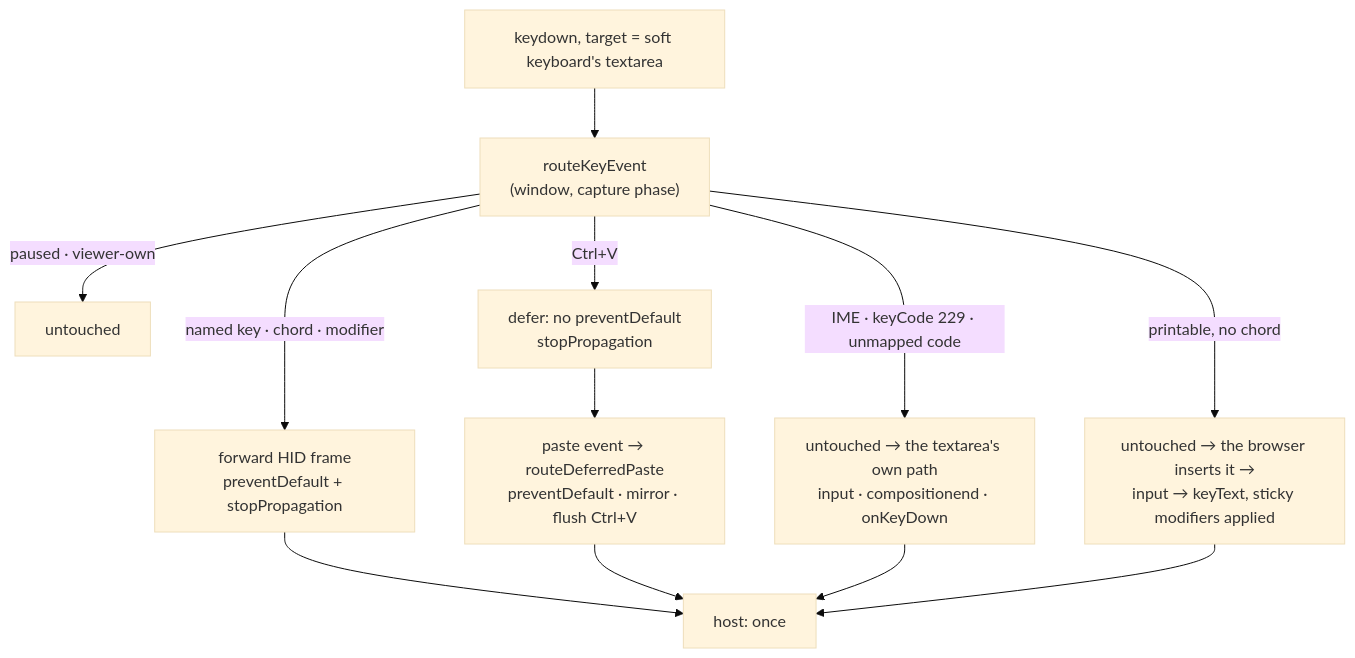
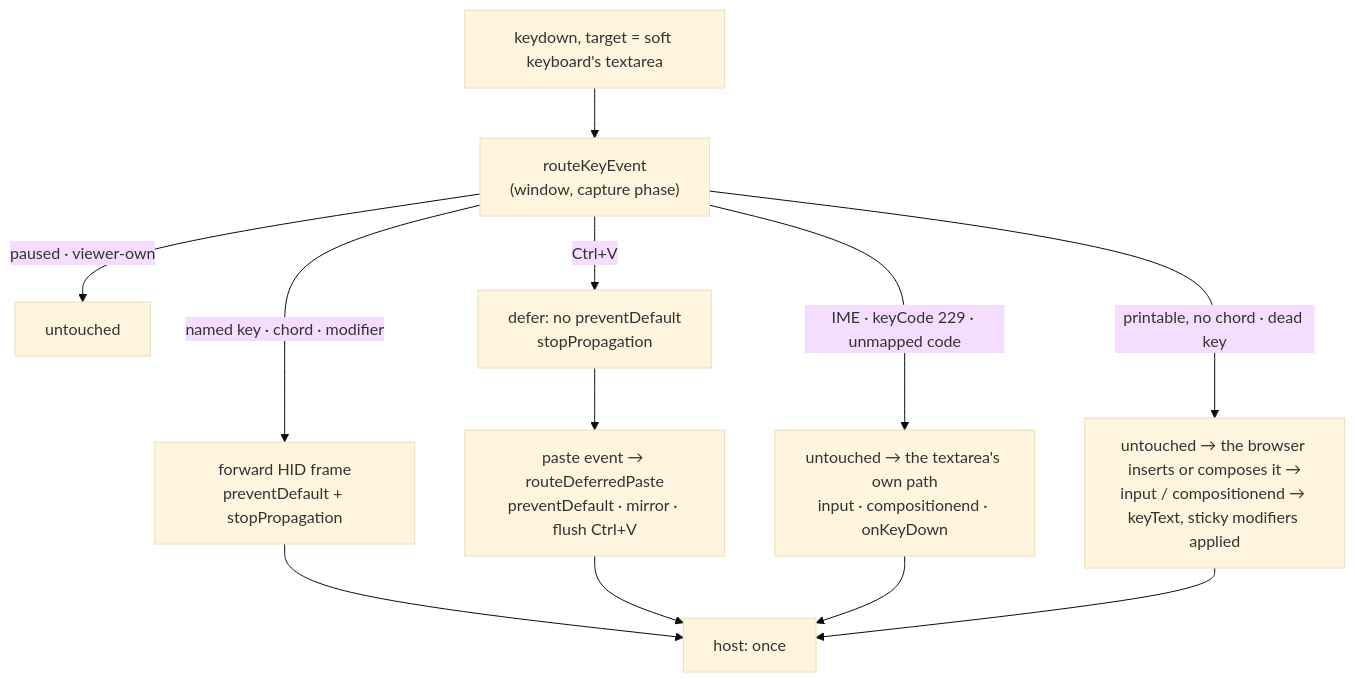
One commit to gjovanov/roomler-ai changed the ninth of 27 diagrams in docs/remote-control.md. Above: the diagram before and after it, drawn with Mermaid (base theme). The commit also changed other lines of this file and 8 other files, not shown here.

````diff
--- a/docs/remote-control.md
+++ b/docs/remote-control.md
@@ -936,14 +936,14 @@
 ```mermaid
 flowchart TD
     K["keydown, target = soft keyboard's textarea"] --> R["routeKeyEvent<br/>(window, capture phase)"]
     R -->|"paused · viewer-own"| U["untouched"]
     R -->|"IME · keyCode 229 · unmapped code"| D["untouched → the textarea's own path<br/>input · compositionend · onKeyDown"]
-    R -->|"printable, no chord"| T["untouched → the browser inserts it →<br/>input → keyText, sticky modifiers applied"]
+    R -->|"printable, no chord · dead key"| T["untouched → the browser inserts or composes it →<br/>input / compositionend → keyText, sticky modifiers applied"]
     R -->|"named key · chord · modifier"| F["forward HID frame<br/>preventDefault + stopPropagation"]
     R -->|"Ctrl+V"| V["defer: no preventDefault<br/>stopPropagation"]
     V --> P["paste event → routeDeferredPaste<br/>preventDefault · mirror · flush Ctrl+V"]
     F --> H["host: once"]
     P --> H
     D --> H
     T --> H
 ```
````
